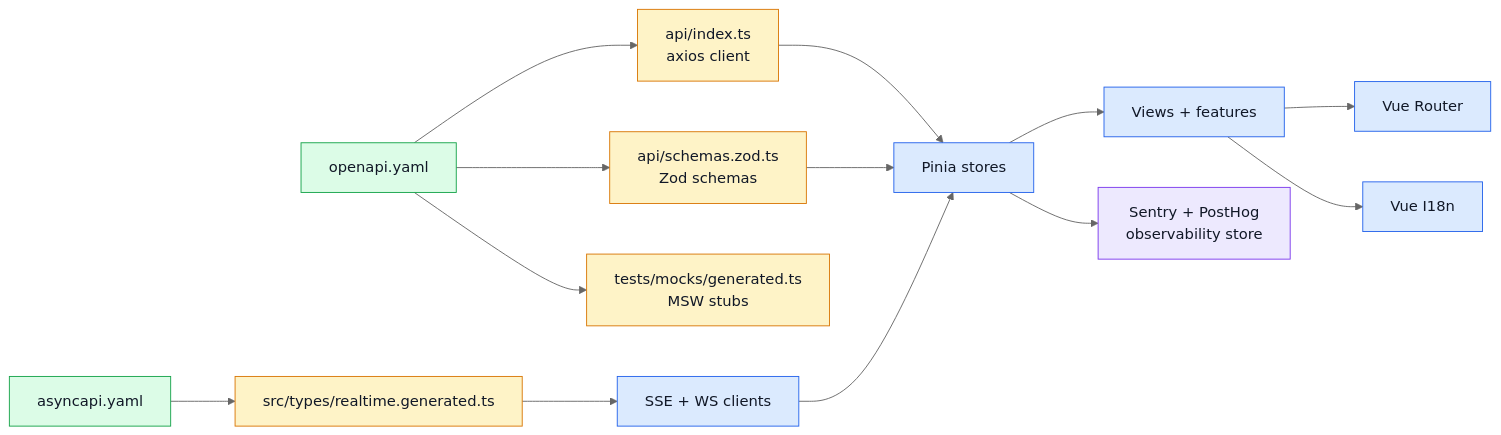
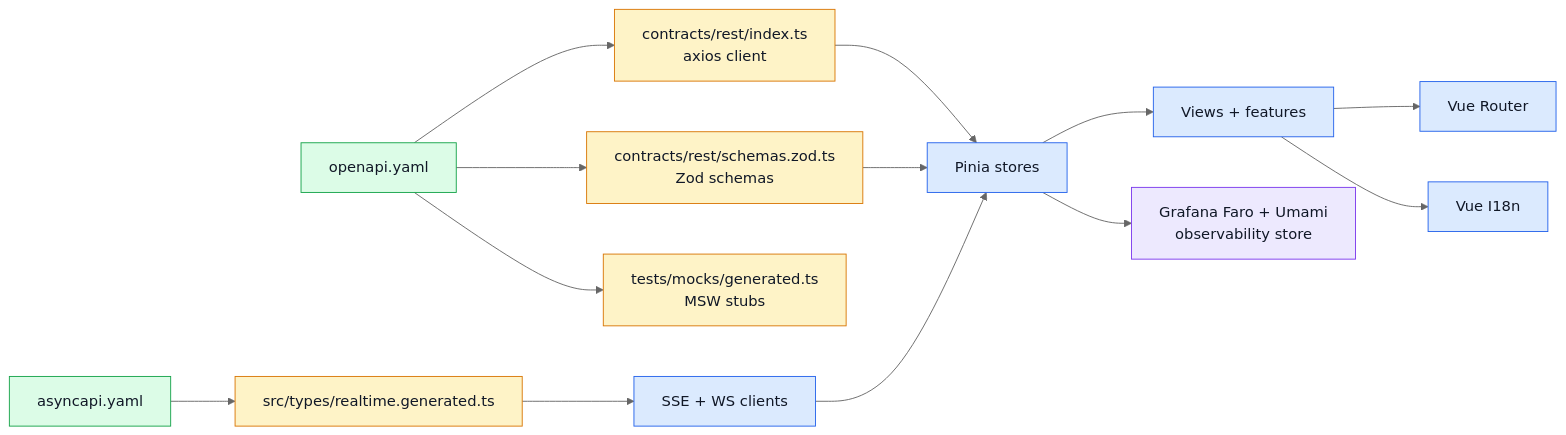
Before and after one commit to Guebbit/boilerplate-vue-frontend: the second of 2 diagrams in docs/index.md, drawn with Mermaid (neutral theme). The commit also changed other lines of this file and 99 other files, not shown here.

````diff
--- a/docs/index.md
+++ b/docs/index.md
@@ -86,27 +86,27 @@
 ```mermaid
 %%{init: {'flowchart': {'nodeSpacing': 55, 'rankSpacing': 70}}}%%
 flowchart LR
-    OpenSpec[openapi.yaml] --> Client[api/index.ts\naxios client]
-    OpenSpec --> Schemas[api/schemas.zod.ts\nZod schemas]
+    OpenSpec[openapi.yaml] --> Client[contracts/rest/index.ts\naxios client]
+    OpenSpec --> Schemas[contracts/rest/schemas.zod.ts\nZod schemas]
     OpenSpec --> Mocks[tests/mocks/generated.ts\nMSW stubs]
     AsyncSpec[asyncapi.yaml] --> Realtime[src/types/realtime.generated.ts]
 
     Client --> Stores[Pinia stores]
     Schemas --> Stores
     Stores --> Views[Views + features]
     Views --> Router[Vue Router]
     Views --> I18N[Vue I18n]
     Realtime --> RTClients[SSE + WS clients]
     RTClients --> Stores
 
-    Stores --> Obs[Sentry + PostHog\nobservability store]
+    Stores --> Obs[Grafana Faro + Umami\nobservability store]
 
     classDef contract fill:#dcfce7,stroke:#16a34a,color:#111827;
     classDef generated fill:#fef3c7,stroke:#d97706,color:#111827;
     classDef app fill:#dbeafe,stroke:#2563eb,color:#111827;
     classDef obs fill:#ede9fe,stroke:#7c3aed,color:#111827;
     class OpenSpec,AsyncSpec contract;
     class Client,Schemas,Mocks,Realtime generated;
     class Stores,Views,Router,I18N,RTClients app;
     class Obs obs;
 ```
````
